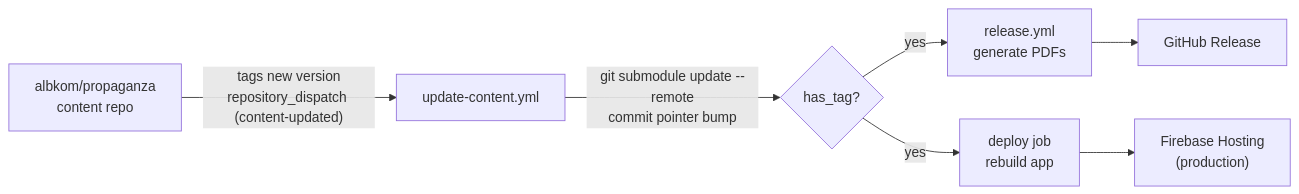
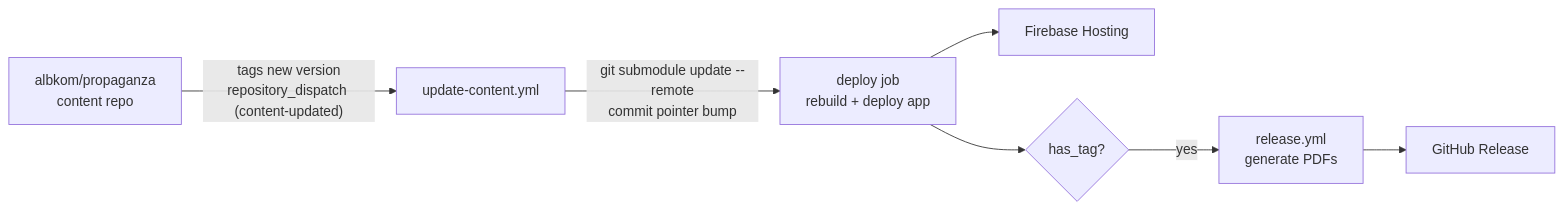
The third of 3 diagrams in PROJECT_OVERVIEW.md (Cartoniol/project-propz), drawn with Mermaid before and after one commit. The commit also changed other lines of this file, not shown here.

````diff
--- a/PROJECT_OVERVIEW.md
+++ b/PROJECT_OVERVIEW.md
@@ -475,9 +495,9 @@
 ```mermaid
 graph LR
     A["albkom/propaganza<br/>content repo"] -->|"tags new version<br/>repository_dispatch (content-updated)"| B["update-content.yml"]
-    B -->|"git submodule update --remote<br/>commit pointer bump"| C{has_tag?}
+    B -->|"git submodule update --remote<br/>commit pointer bump"| E["deploy job<br/>rebuild + deploy app"]
+    E --> G["Firebase Hosting"]
+    E --> C{has_tag?}
     C -->|yes| D["release.yml<br/>generate PDFs"]
-    C -->|yes| E["deploy job<br/>rebuild app"]
     D --> F["GitHub Release"]
-    E --> G["Firebase Hosting<br/>(production)"]
 ```
````
